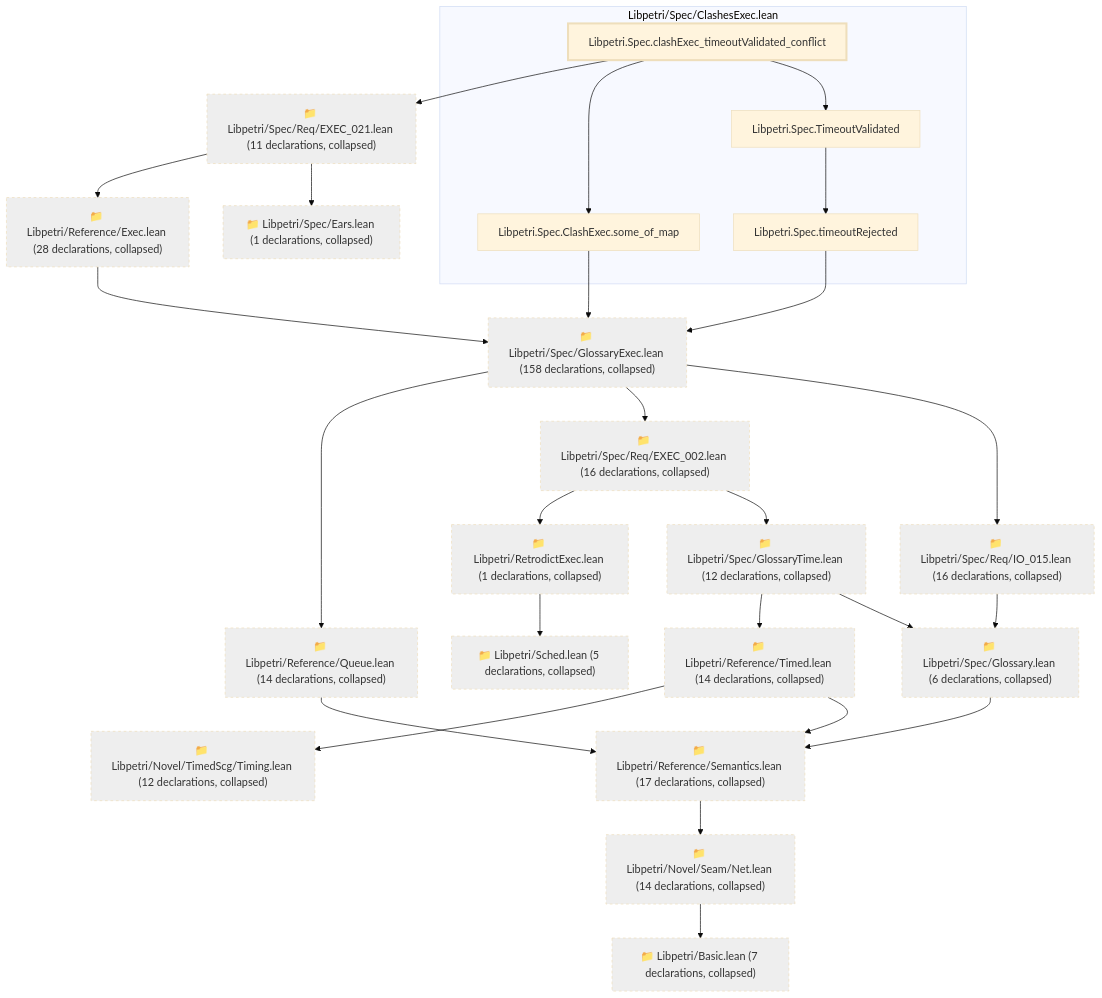
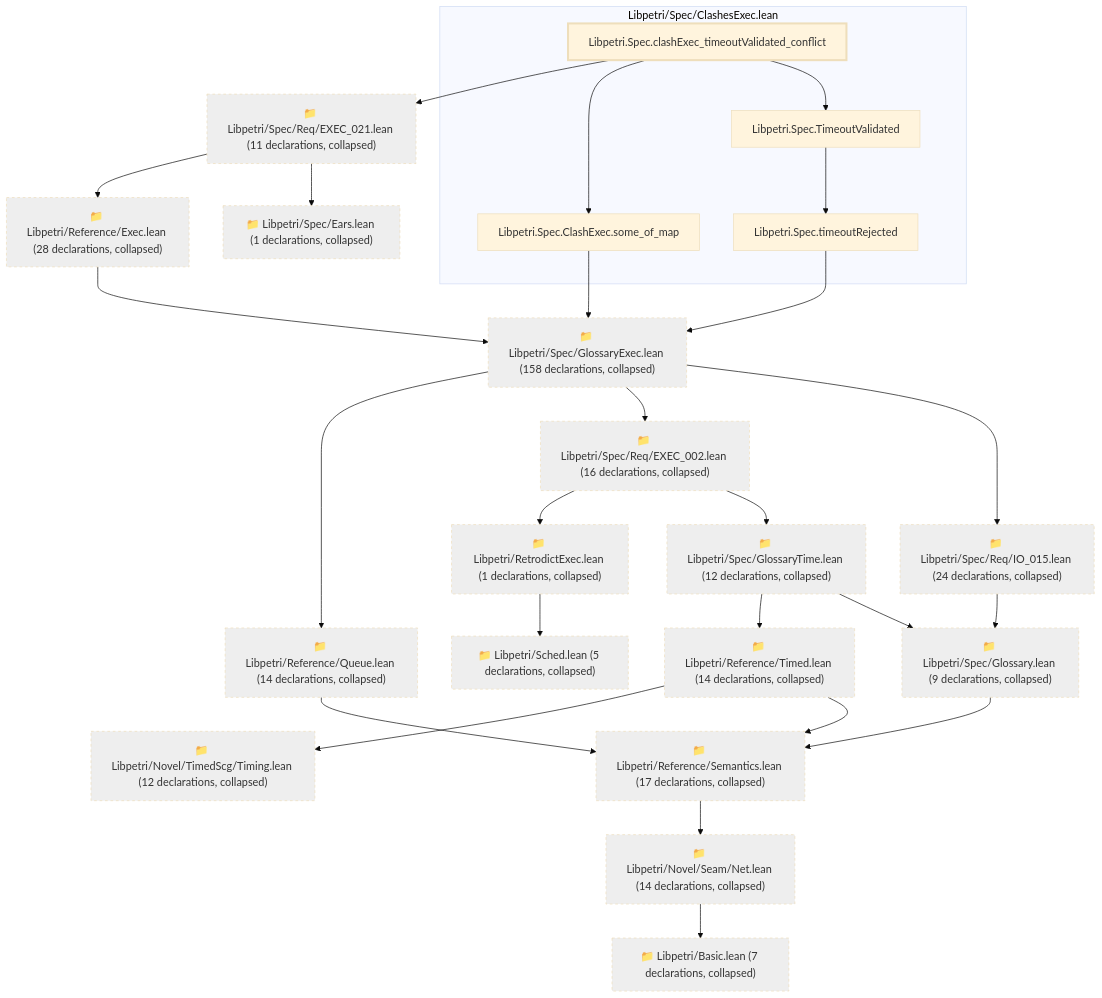
The diagram in lean/graph/requirements/EXEC-021.md (debe/libpetri), drawn with Mermaid (base theme) before and after one commit. The commit also changed other lines of this file and 393 other files, not shown here.

First line of the commit message:
feat(spec): AI sign-off of every Lean requirement block; defect ledger closed

````diff
--- a/lean/graph/requirements/EXEC-021.md
+++ b/lean/graph/requirements/EXEC-021.md
@@ -13,54 +13,54 @@
 ```mermaid
 flowchart TD
   subgraph g0["Libpetri/Spec/ClashesExec.lean"]
-    n5927["Libpetri.Spec.ClashExec.some_of_map"]
-    n10244["Libpetri.Spec.TimeoutValidated"]
-    n12324["Libpetri.Spec.clashExec_timeoutValidated_conflict"]
-    n20814["Libpetri.Spec.timeoutRejected"]
+    n5954["Libpetri.Spec.ClashExec.some_of_map"]
+    n10377["Libpetri.Spec.TimeoutValidated"]
+    n12508["Libpetri.Spec.clashExec_timeoutValidated_conflict"]
+    n21203["Libpetri.Spec.timeoutRejected"]
   end
   c0["📁 Libpetri/Basic.lean (7 declarations, collapsed)"]
   c54["📁 Libpetri/Novel/Seam/Net.lean (14 declarations, collapsed)"]
   c66["📁 Libpetri/Novel/TimedScg/Timing.lean (12 declarations, collapsed)"]
   c80["📁 Libpetri/Reference/Exec.lean (28 declarations, collapsed)"]
   c91["📁 Libpetri/Reference/Queue.lean (14 declarations, collapsed)"]
   c94["📁 Libpetri/Reference/Semantics.lean (17 declarations, collapsed)"]
   c98["📁 Libpetri/Reference/Timed.lean (14 declarations, collapsed)"]
   c103["📁 Libpetri/RetrodictExec.lean (1 declarations, collapsed)"]
   c109["📁 Libpetri/Sched.lean (5 declarations, collapsed)"]
   c131["📁 Libpetri/Spec/Ears.lean (1 declarations, collapsed)"]
-  c132["📁 Libpetri/Spec/Glossary.lean (6 declarations, collapsed)"]
+  c132["📁 Libpetri/Spec/Glossary.lean (9 declarations, collapsed)"]
   c139["📁 Libpetri/Spec/GlossaryExec.lean (158 declarations, collapsed)"]
   c146["📁 Libpetri/Spec/GlossaryTime.lean (12 declarations, collapsed)"]
   c232["📁 Libpetri/Spec/Req/EXEC_002.lean (16 declarations, collapsed)"]
   c238["📁 Libpetri/Spec/Req/EXEC_021.lean (11 declarations, collapsed)"]
-  c271["📁 Libpetri/Spec/Req/IO_015.lean (16 declarations, collapsed)"]
+  c271["📁 Libpetri/Spec/Req/IO_015.lean (24 declarations, collapsed)"]
   c54 --> c0
   c80 --> c139
   c91 --> c94
   c94 --> c54
   c98 --> c66
   c98 --> c94
   c103 --> c109
   c132 --> c94
   c139 --> c91
   c139 --> c232
   c139 --> c271
   c146 --> c98
   c146 --> c132
   c232 --> c103
   c232 --> c146
   c238 --> c80
   c238 --> c131
   c271 --> c132
-  n5927 --> c139
-  n10244 --> n20814
-  n12324 --> c238
-  n12324 --> n5927
-  n12324 --> n10244
-  n20814 --> c139
+  n5954 --> c139
+  n10377 --> n21203
+  n12508 --> c238
+  n12508 --> n5954
+  n12508 --> n10377
+  n21203 --> c139
   classDef root stroke-width:3px
   classDef locked fill:#fff3cd,stroke:#b8860b
   classDef collapsed fill:#eeeeee,stroke-dasharray:4 4
-  class n12324 root
+  class n12508 root
   class c0,c54,c66,c80,c91,c94,c98,c103,c109,c131,c132,c139,c146,c232,c238,c271 collapsed
 ```
````
